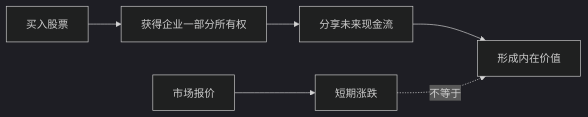
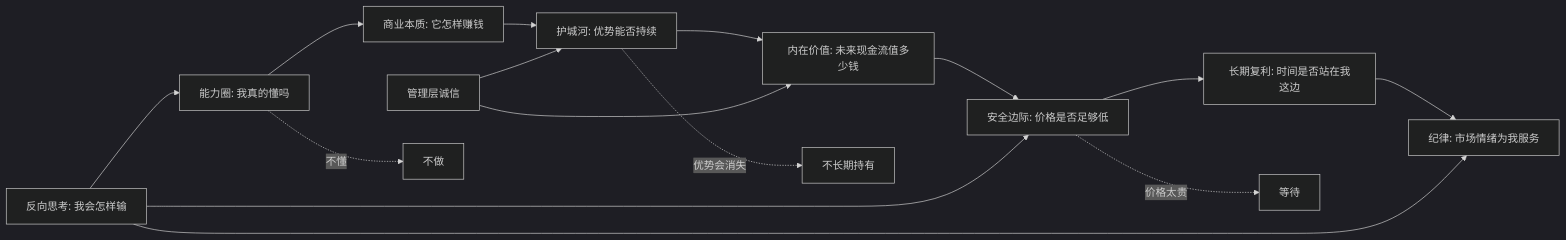
The diagram in 202605/20260519_01.md (digoal/blog), drawn with Mermaid (dark theme) before and after one commit. The commit also changed other lines of this file and 51 other files, not shown here.

````diff
--- a/202605/20260519_01.md
+++ b/202605/20260519_01.md
@@ -22,8 +24,19 @@
 ```mermaid
 flowchart LR
-  A["买入股票"] --> B["获得企业一部分所有权"]
-  B --> C["分享未来现金流"]
-  C --> D["形成内在价值"]
-  E["市场报价"] --> F["短期涨跌"]
-  F -. "不等于" .-> D
+  A["能力圈: 我真的懂吗"] --> B["商业本质: 它怎样赚钱"]
+  B --> C["护城河: 优势能否持续"]
+  C --> D["内在价值: 未来现金流值多少钱"]
+  D --> E["安全边际: 价格是否足够低"]
+  E --> F["长期复利: 时间是否站在我这边"]
+  F --> G["纪律: 市场情绪为我服务"]
+
+  H["管理层诚信"] --> C
+  H --> D
+  I["反向思考: 我会怎样输"] --> A
+  I --> E
+  I --> G
+
+  A -. "不懂" .-> X["不做"]
+  C -. "优势会消失" .-> Y["不长期持有"]
+  E -. "价格太贵" .-> Z["等待"]
 ```
````
